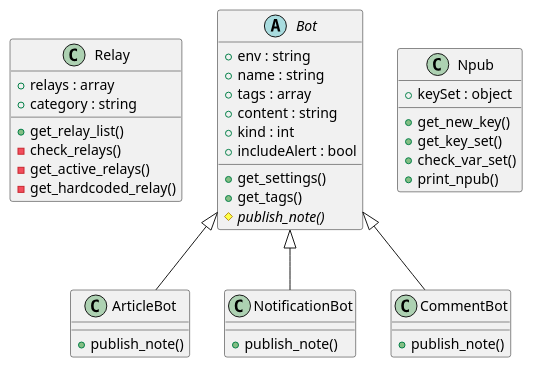
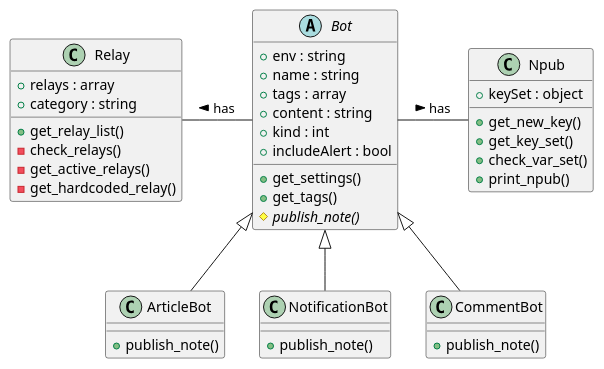
The diagram in plantUML/Nostrbots/Nostrbots_Classes.puml (ShadowySupercode/gitcitadel), drawn with PlantUML before and after one commit. The commit also changed 1 other file, not shown here.

Commit message:
Class diagram update

```diff
--- a/plantUML/Nostrbots/Nostrbots_Classes.puml
+++ b/plantUML/Nostrbots/Nostrbots_Classes.puml
@@ -1,61 +1,64 @@
 @startuml Nostrbots Class Diagram
 
 class Relay {
 
   + relays : array
   + category : string
   
   + get_relay_list()
   - check_relays()  
   - get_active_relays()
   - get_hardcoded_relay()
   
 }
 
 abstract Bot {
 
   + env : string
   + name : string
   + tags : array
   + content : string
   + kind : int
   + includeAlert : bool
 
   + get_settings()
   + get_tags()
   # {abstract} publish_note()
 
 }
 
 class ArticleBot {
 
   + publish_note()
 
 }
 
 class NotificationBot {
 
   + publish_note()
   
 }
 
 class CommentBot {
 
   + publish_note()
 
 }
 
 class Npub {
 
   + keySet : object
   + get_new_key()
   + get_key_set()
   + check_var_set()
   + print_npub()
 
 }
 Bot <|-- ArticleBot
 Bot <|-- CommentBot
 Bot <|-- NotificationBot
 
+Relay - Bot : has <
+Bot - Npub : has >
+
 @enduml
```
